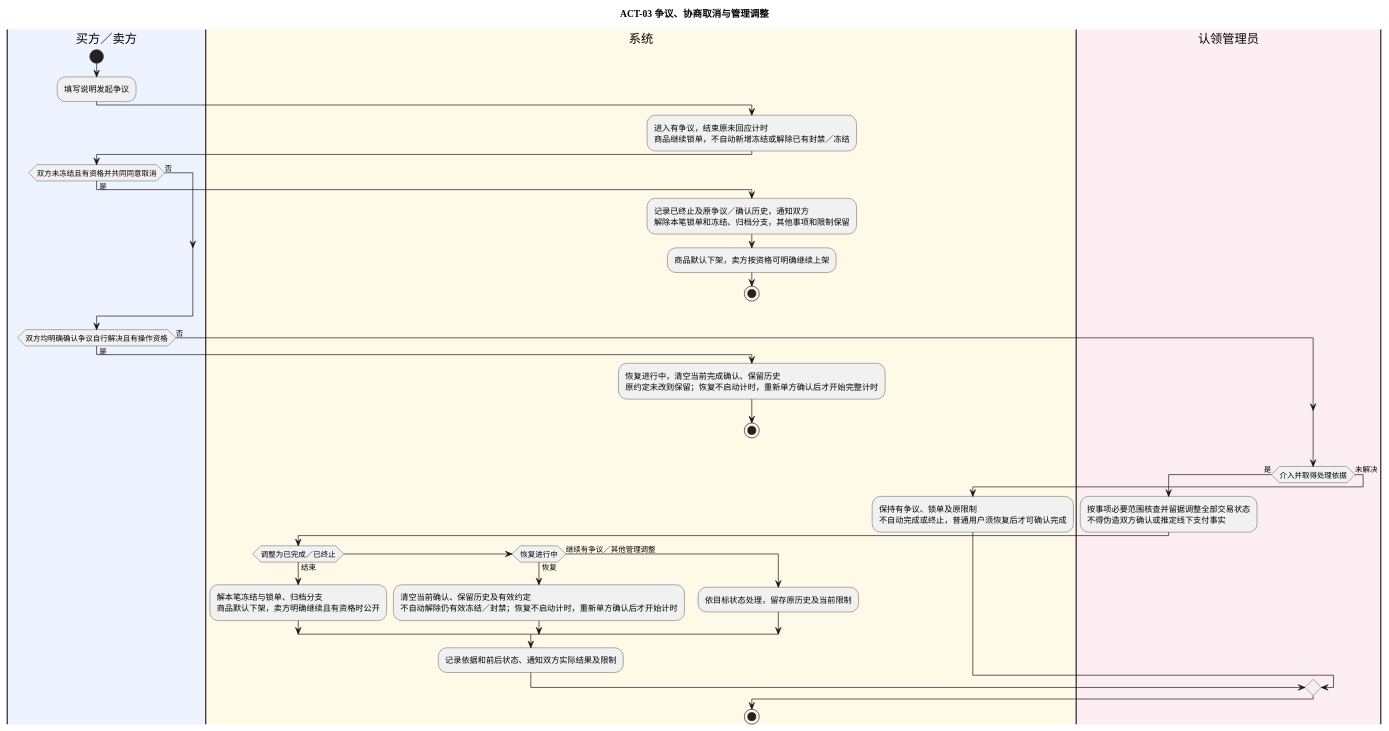
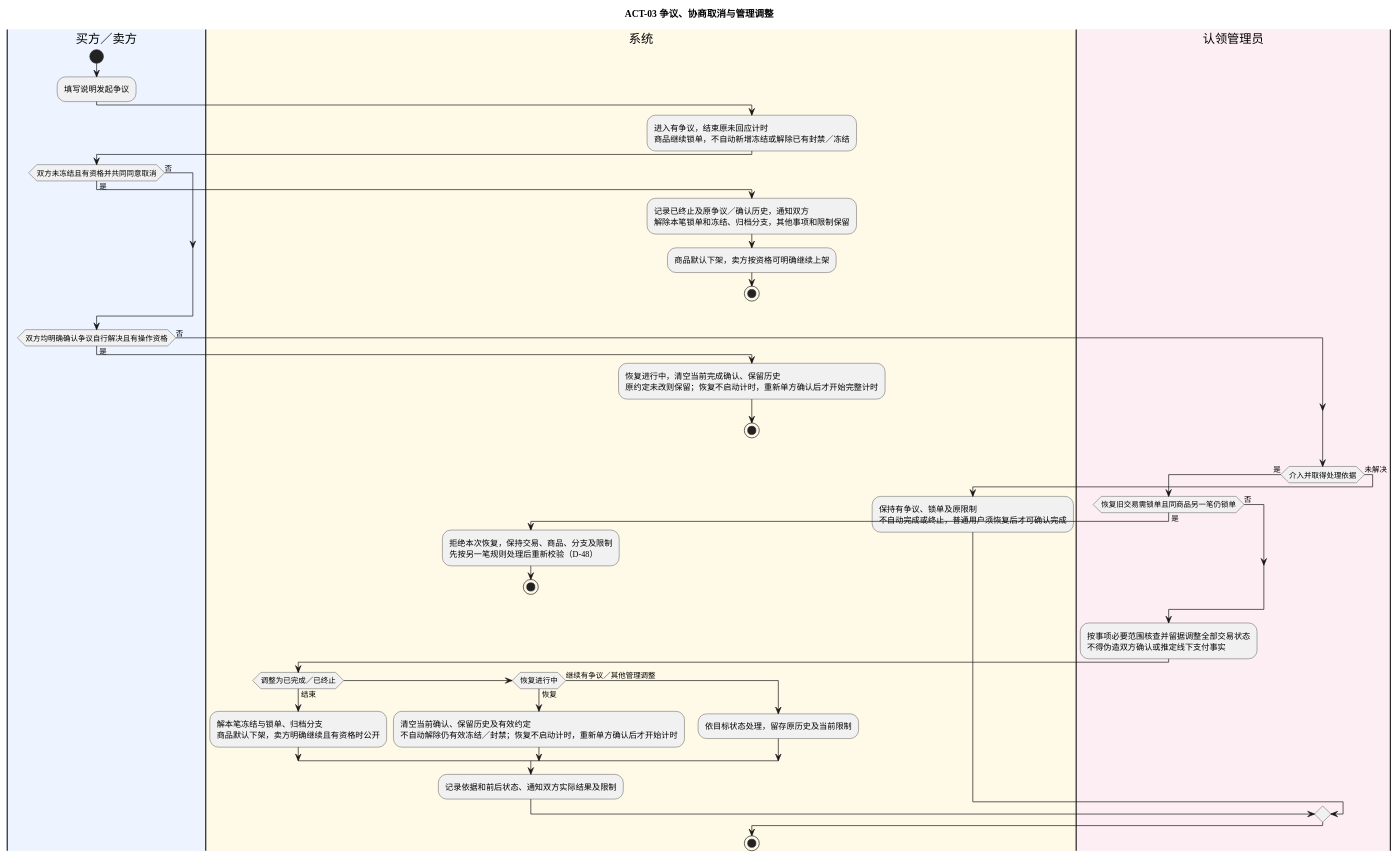
The diagram in docs/appendices/models/ACT-03-交易争议与恢复.puml (iy88/se-course-project-1), drawn with PlantUML before and after one commit. The commit also changed other lines of this file and 94 other files, not shown here.

```diff
--- a/docs/appendices/models/ACT-03-交易争议与恢复.puml
+++ b/docs/appendices/models/ACT-03-交易争议与恢复.puml
@@ -12,42 +12,49 @@
 @startuml ACT-03
 
 skinparam defaultFontName "PingFang SC"
 title ACT-03 争议、协商取消与管理调整
 |#EEF4FF|买方／卖方|
 start
 :填写说明发起争议;
 |#FFF9E8|系统|
 :进入有争议，结束原未回应计时\n商品继续锁单，不自动新增冻结或解除已有封禁／冻结;
 |#EEF4FF|买方／卖方|
 if (双方未冻结且有资格并共同同意取消) then (是)
  |#FFF9E8|系统|
  :记录已终止及原争议／确认历史，通知双方\n解除本笔锁单和冻结、归档分支，其他事项和限制保留;
  :商品默认下架，卖方按资格可明确继续上架;
  stop
 else (否)
 endif
 |#EEF4FF|买方／卖方|
 if (双方均明确确认争议自行解决且有操作资格) then (是)
  |#FFF9E8|系统|
  :恢复进行中，清空当前完成确认、保留历史\n原约定未改则保留；恢复不启动计时，重新单方确认后才开始完整计时;
  stop
 else (否)
 endif
 |#FDEEF4|认领管理员|
 if (介入并取得处理依据) then (是)
+if (恢复旧交易需锁单且同商品另一笔仍锁单) then (是)
+  |#FFF9E8|系统|
+  :拒绝本次恢复，保持交易、商品、分支及限制\n先按另一笔规则处理后重新校验（D-48）;
+  stop
+else (否)
+endif
+|#FDEEF4|认领管理员|
  :按事项必要范围核查并留据调整全部交易状态\n不得伪造双方确认或推定线下支付事实;
  |#FFF9E8|系统|
  if (调整为已完成／已终止) then (结束)
   :解本笔冻结与锁单、归档分支\n商品默认下架，卖方明确继续且有资格时公开;
  elseif (恢复进行中) then (恢复)
   :清空当前确认、保留历史及有效约定\n不自动解除仍有效冻结／封禁；恢复不启动计时，重新单方确认后才开始计时;
  else (继续有争议／其他管理调整)
   :依目标状态处理，留存原历史及当前限制;
  endif
  :记录依据和前后状态、通知双方实际结果及限制;
 else (未解决)
  |#FFF9E8|系统|
  :保持有争议、锁单及原限制\n不自动完成或终止，普通用户须恢复后才可确认完成;
 endif
 stop
 @enduml
```
